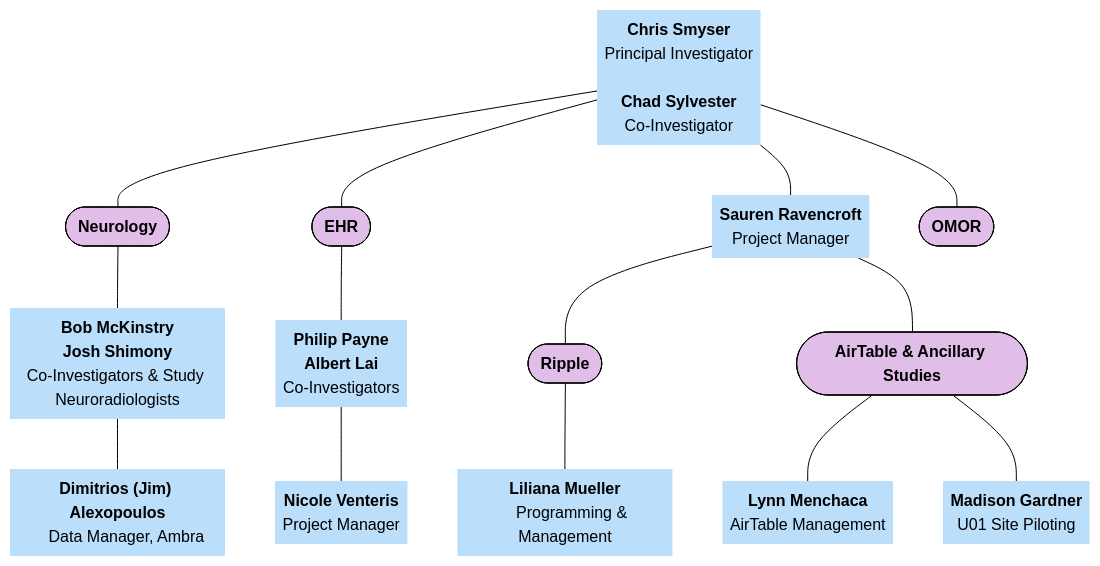
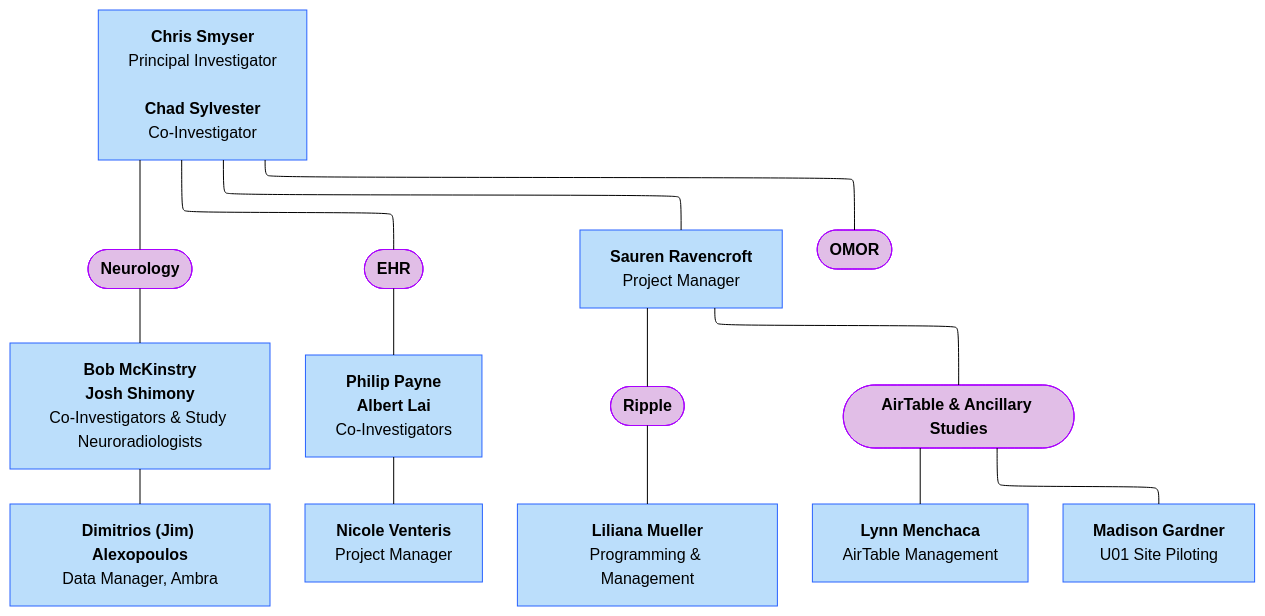
One commit to DCAN-Labs/hbcd-docs-internal changed the ninth of 10 diagrams in docs/orgcharts.md. Above: the diagram before and after it, drawn with Mermaid (forest theme). The commit also changed other lines of this file and 2 other files, not shown here.

Commit message:
SWITCH TO ELK

````diff
--- a/docs/orgcharts.md
+++ b/docs/orgcharts.md
@@ -641,44 +576,30 @@
 ```mermaid
 ---
 config:
-  layout: dagre
+  layout: elk
 ---
 flowchart TB
     A["<b>Chris Smyser</b><br>Principal Investigator<br>
     <b>Chad Sylvester</b><br>Co-Investigator"] --- neurology(["<b>Neurology</b>"]) & C(["<b>EHR</b><br>"]) & B["<b>Sauren Ravencroft</b><br>Project Manager"] & n11(["<b>OMOR</b>"])
     neurology --- n1["<b>Bob McKinstry</b><br><b>Josh Shimony</b><br>Co-Investigators &amp; Study Neuroradiologists"]
-    n1 --- n2["<b>Dimitrios (Jim) Alexopoulos</b>
-    Data Manager, Ambra"]
-    C --- n3["<b>Philip Payne</b><br><b>Albert Lai</b>
-    Co-Investigators"]
+    n1 --- n2["<b>Dimitrios (Jim) Alexopoulos</b><br>Data Manager, Ambra"]
+    C --- n3["<b>Philip Payne</b><br><b>Albert Lai</b><br>Co-Investigators"]
     n3 --- n4["<b>Nicole Venteris</b><br>Project Manager"]
     B --- n5(["<b>Ripple</b>"]) & n6(["<b>AirTable &amp; Ancillary Studies</b>"])
-    n5 --- n8["<b>Liliana Mueller</b>
-    Programming &amp; Management"]
-    n6 --- n9["<b>Lynn Menchaca</b>
-    AirTable Management<br>"] & n10["<b>Madison Gardner</b>
-    U01 Site Piloting"]
-    A@{ shape: text}
-    B@{ shape: text}
-    n1@{ shape: text}
-    n2@{ shape: text}
-    n3@{ shape: text}
-    n4@{ shape: text}
-    n8@{ shape: text}
-    n9@{ shape: text}
-    n10@{ shape: text}
-    style A fill:#BBDEFB
-    style neurology fill:#E1BEE7,stroke:#000000
-    style C stroke:#000000,fill:#E1BEE7
-    style B fill:#BBDEFB
-    style n11 stroke:#000000,fill:#E1BEE7
-    style n1 fill:#BBDEFB
-    style n2 fill:#BBDEFB
-    style n3 fill:#BBDEFB
-    style n4 fill:#BBDEFB
-    style n5 fill:#E1BEE7,stroke:#000000
-    style n6 fill:#E1BEE7,stroke:#000000
-    style n8 fill:#BBDEFB,stroke:none
-    style n9 fill:#BBDEFB
-    style n10 fill:#BBDEFB
+    n5 --- n8["<b>Liliana Mueller</b><br>Programming &amp; Management"]
+    n6 --- n9["<b>Lynn Menchaca</b><br>AirTable Management<br>"] & n10["<b>Madison Gardner</b><br>U01 Site Piloting"]
+    style A fill:#BBDEFB,stroke:#2962FF
+    style neurology fill:#E1BEE7,stroke:#AA00FF
+    style C fill:#E1BEE7,stroke:#AA00FF
+    style B fill:#BBDEFB,stroke:#2962FF
+    style n11 fill:#E1BEE7,stroke:#AA00FF
+    style n1 fill:#BBDEFB,stroke:#2962FF
+    style n2 fill:#BBDEFB,stroke:#2962FF
+    style n3 fill:#BBDEFB,stroke:#2962FF
+    style n4 fill:#BBDEFB,stroke:#2962FF
+    style n5 fill:#E1BEE7,stroke:#AA00FF
+    style n6 fill:#E1BEE7,stroke:#AA00FF
+    style n8 fill:#BBDEFB,stroke:#2962FF
+    style n9 fill:#BBDEFB,stroke:#2962FF
+    style n10 fill:#BBDEFB,stroke:#2962FF
 ```
````
